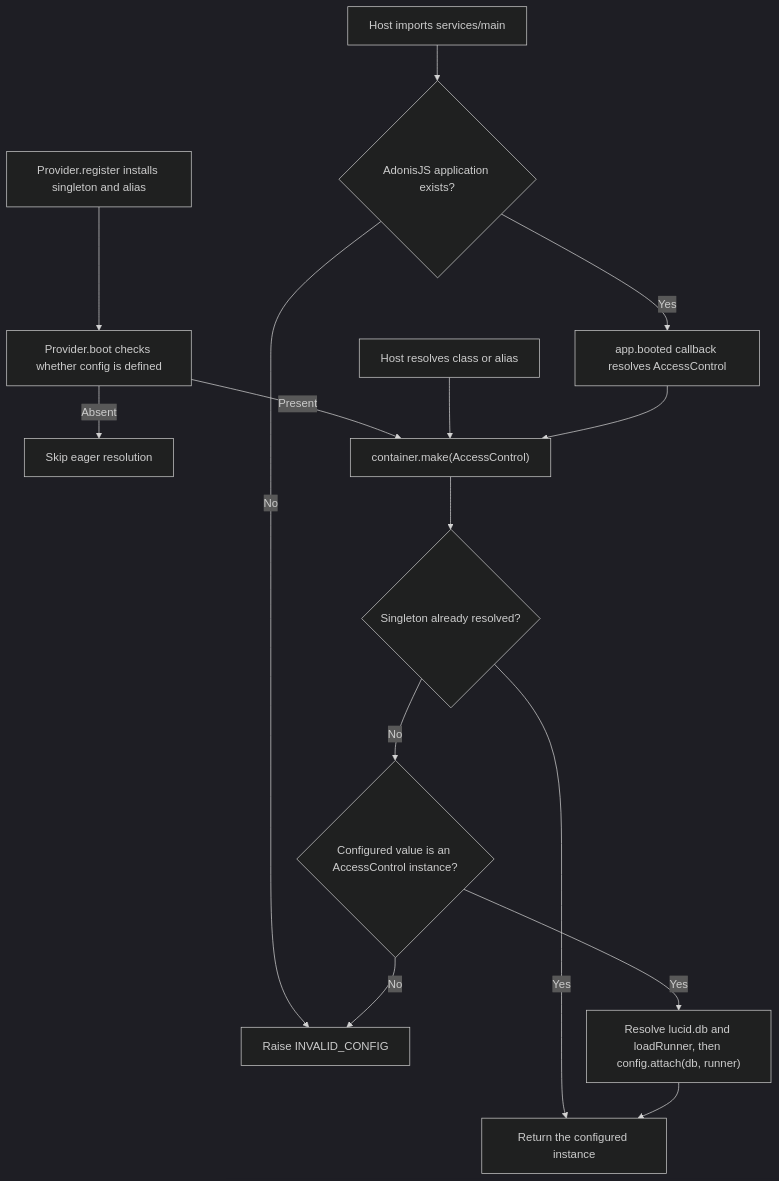
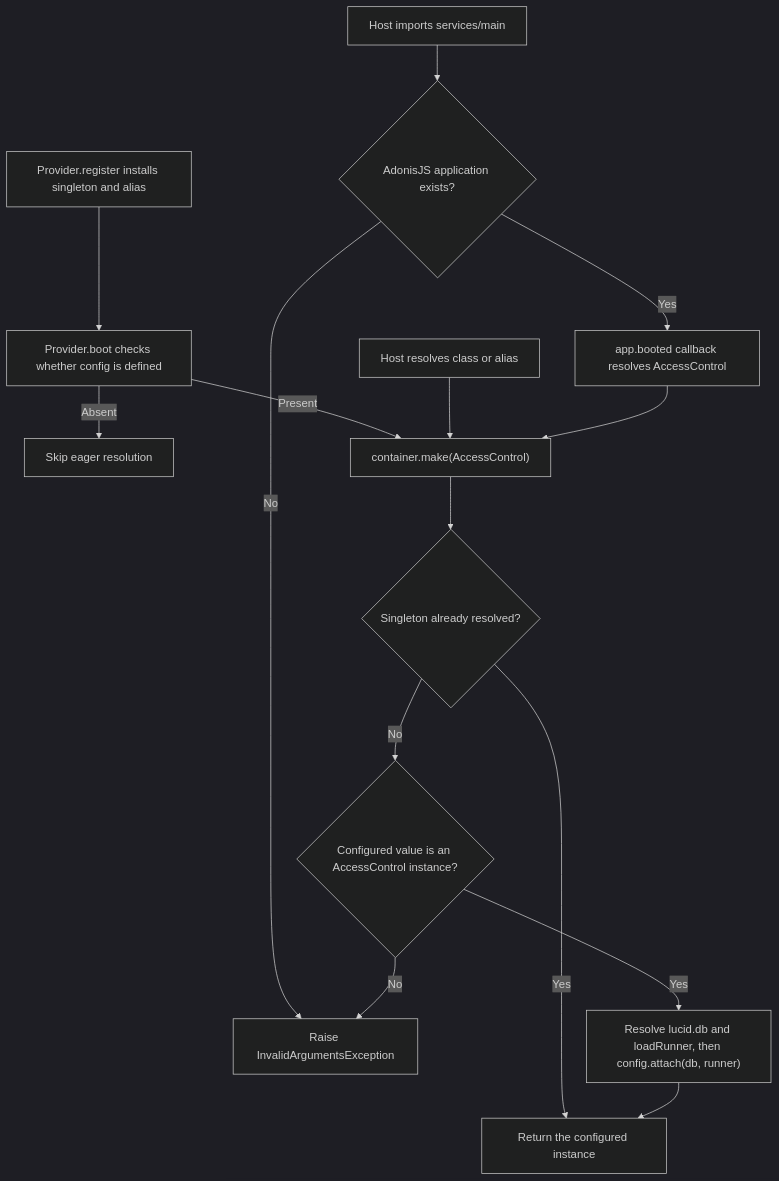
The second of 2 diagrams in user-stories/US-ACCESS-31-resolve-provider-service.md (Kevinjohn/oss-adonisjs-access-control), drawn with Mermaid (dark theme) before and after one commit. The commit also changed other lines of this file and 37 other files, not shown here.

````diff
--- a/user-stories/US-ACCESS-31-resolve-provider-service.md
+++ b/user-stories/US-ACCESS-31-resolve-provider-service.md
@@ -32,17 +32,17 @@
 ```mermaid
 flowchart TD
     A["Provider.register installs singleton and alias"] --> B["Provider.boot checks whether config is defined"]
     B -->|Absent| X["Skip eager resolution"]
     B -->|Present| C["container.make(AccessControl)"]
     D["Host resolves class or alias"] --> C
     S["Host imports services/main"] --> T{"AdonisJS application exists?"}
-    T -->|No| N["Raise INVALID_CONFIG"]
+    T -->|No| N["Raise InvalidArgumentsException"]
     T -->|Yes| U["app.booted callback resolves AccessControl"]
     U --> C
     C --> V{"Singleton already resolved?"}
     V -->|Yes| Y["Return the configured instance"]
     V -->|No| E{"Configured value is an AccessControl instance?"}
     E -->|No| N
     E -->|Yes| F["Resolve lucid.db and loadRunner, then config.attach(db, runner)"]
     F --> Y
 ```
````
